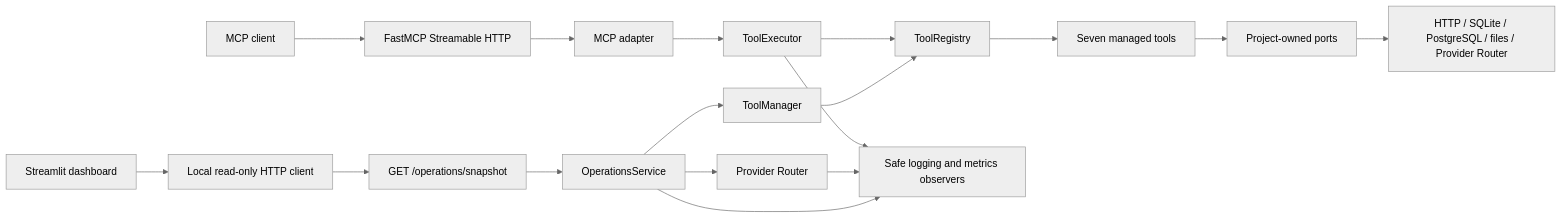
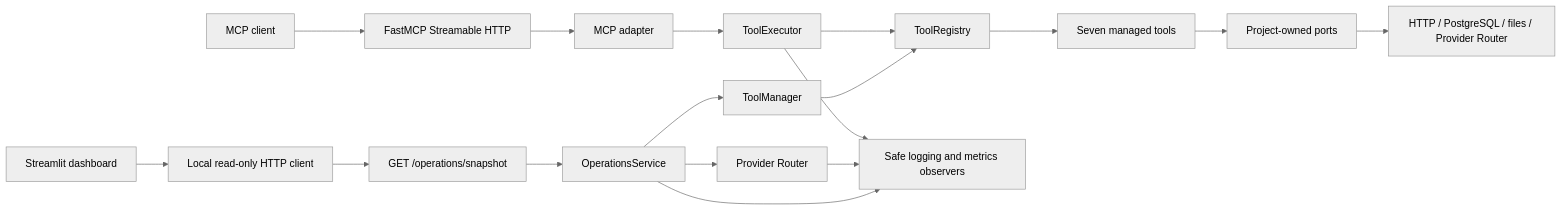
Before and after one commit to LeelaissakAttota/ToolBridge-MCP-Server: the first of 5 diagrams in ARCHITECTURE.md, drawn with Mermaid (neutral theme). The commit also changed other lines of this file and 12 other files, not shown here.

First line of the commit message:
Make PostgreSQL the only sql_query backend

````diff
--- a/ARCHITECTURE.md
+++ b/ARCHITECTURE.md
@@ -10,21 +10,21 @@
 ```mermaid
 flowchart LR
     Client["MCP client"] --> Transport["FastMCP Streamable HTTP"]
     Transport --> Adapter["MCP adapter"]
     Adapter --> Executor["ToolExecutor"]
     Executor --> Registry["ToolRegistry"]
     Manager["ToolManager"] --> Registry
     Registry --> Tools["Seven managed tools"]
 
     Tools --> Ports["Project-owned ports"]
-    Ports --> Adapters["HTTP / SQLite / PostgreSQL / files / Provider Router"]
+    Ports --> Adapters["HTTP / PostgreSQL / files / Provider Router"]
     Executor --> Observers["Safe logging and metrics observers"]
     Router["Provider Router"] --> Observers
 
     Dashboard["Streamlit dashboard"] --> ClientAdapter["Local read-only HTTP client"]
     ClientAdapter --> Snapshot["GET /operations/snapshot"]
     Snapshot --> Operations["OperationsService"]
     Operations --> Manager
     Operations --> Router
     Operations --> Observers
 ```
````
